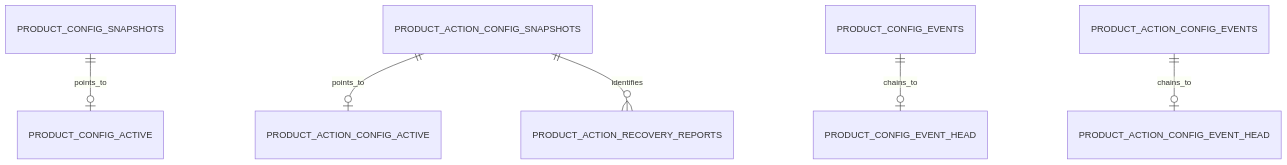
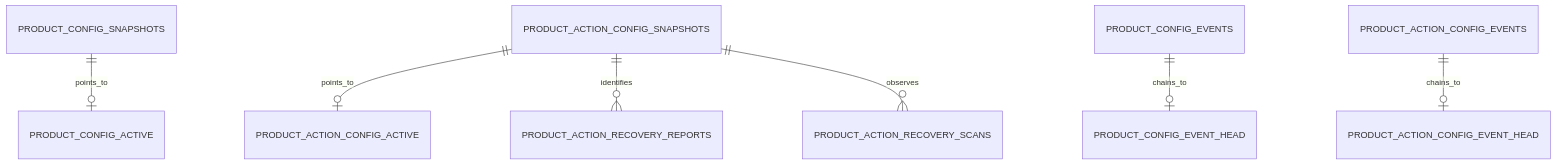
One commit to carrie1988/Harnessix changed diagram 20 of 22 in docs/modules/product-config.md. Above: the diagram before and after it, drawn with Mermaid. The commit also changed other lines of this file and 25 other files, not shown here.

````diff
--- a/docs/modules/product-config.md
+++ b/docs/modules/product-config.md
@@ -1802,8 +1806,9 @@
 ```mermaid
 erDiagram
     PRODUCT_CONFIG_SNAPSHOTS ||--o| PRODUCT_CONFIG_ACTIVE : points_to
     PRODUCT_ACTION_CONFIG_SNAPSHOTS ||--o| PRODUCT_ACTION_CONFIG_ACTIVE : points_to
     PRODUCT_CONFIG_EVENTS ||--o| PRODUCT_CONFIG_EVENT_HEAD : chains_to
     PRODUCT_ACTION_CONFIG_EVENTS ||--o| PRODUCT_ACTION_CONFIG_EVENT_HEAD : chains_to
     PRODUCT_ACTION_CONFIG_SNAPSHOTS ||--o{ PRODUCT_ACTION_RECOVERY_REPORTS : identifies
+    PRODUCT_ACTION_CONFIG_SNAPSHOTS ||--o{ PRODUCT_ACTION_RECOVERY_SCANS : observes
 ```
````
